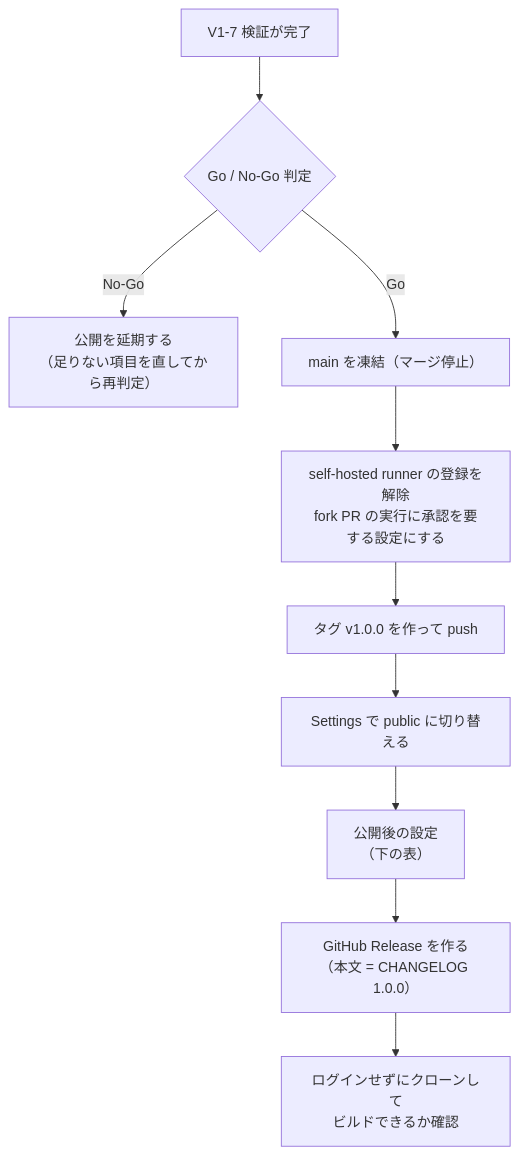
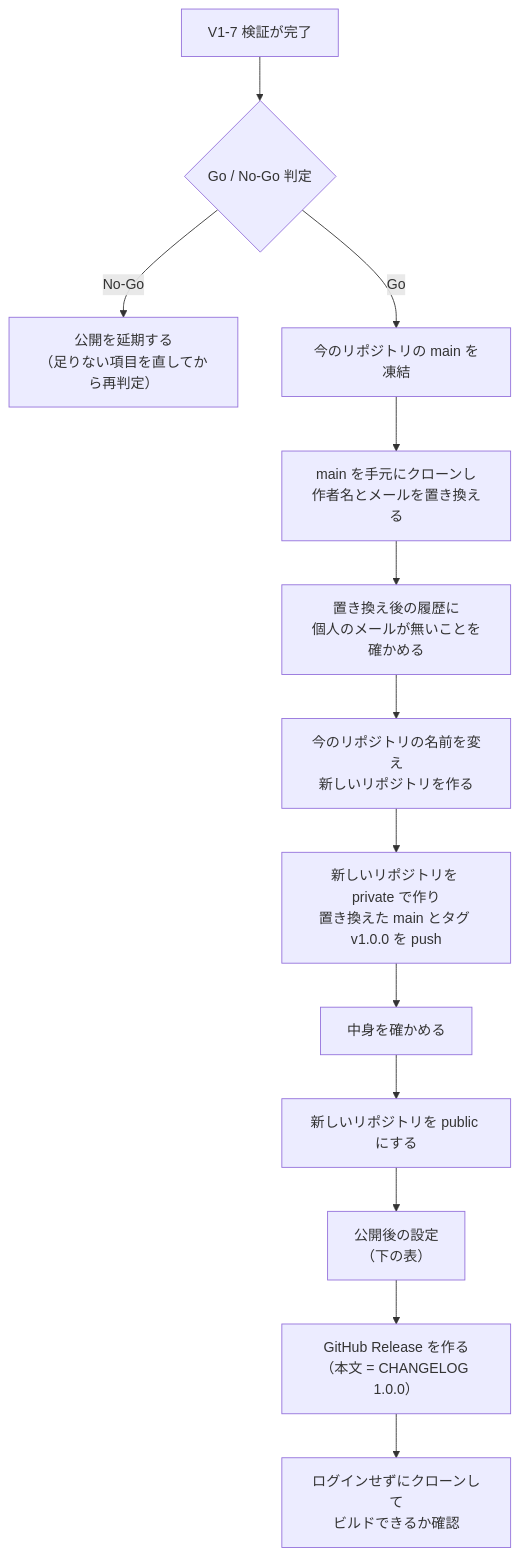
The second of 2 diagrams in Docs/v1-release-plan.md (hang-up33/hmi-platform), drawn with Mermaid before and after one commit. The commit also changed other lines of this file and 4 other files, not shown here.

````diff
--- a/Docs/v1-release-plan.md
+++ b/Docs/v1-release-plan.md
@@ -81,12 +83,15 @@
 ```mermaid
 flowchart TD
     A["V1-7 検証が完了"] --> B{"Go / No-Go 判定"}
     B -->|No-Go| X["公開を延期する<br>（足りない項目を直してから再判定）"]
-    B -->|Go| C["main を凍結（マージ停止）"]
-    C --> R["self-hosted runner の登録を解除<br>fork PR の実行に承認を要する設定にする"]
-    R --> D["タグ v1.0.0 を作って push"]
-    D --> E["Settings で public に切り替える"]
+    B -->|Go| C["今のリポジトリの main を凍結"]
+    C --> W["main を手元にクローンし<br>作者名とメールを置き換える"]
+    W --> V["置き換え後の履歴に<br>個人のメールが無いことを確かめる"]
+    V --> N["今のリポジトリの名前を変え<br>新しいリポジトリを作る"]
+    N --> P["新しいリポジトリを private で作り<br>置き換えた main とタグ v1.0.0 を push"]
+    P --> Q["中身を確かめる"]
+    Q --> E["新しいリポジトリを public にする"]
     E --> F["公開後の設定<br>（下の表）"]
     F --> G["GitHub Release を作る<br>（本文 = CHANGELOG 1.0.0）"]
     G --> H["ログインせずにクローンして<br>ビルドできるか確認"]
 ```
````
